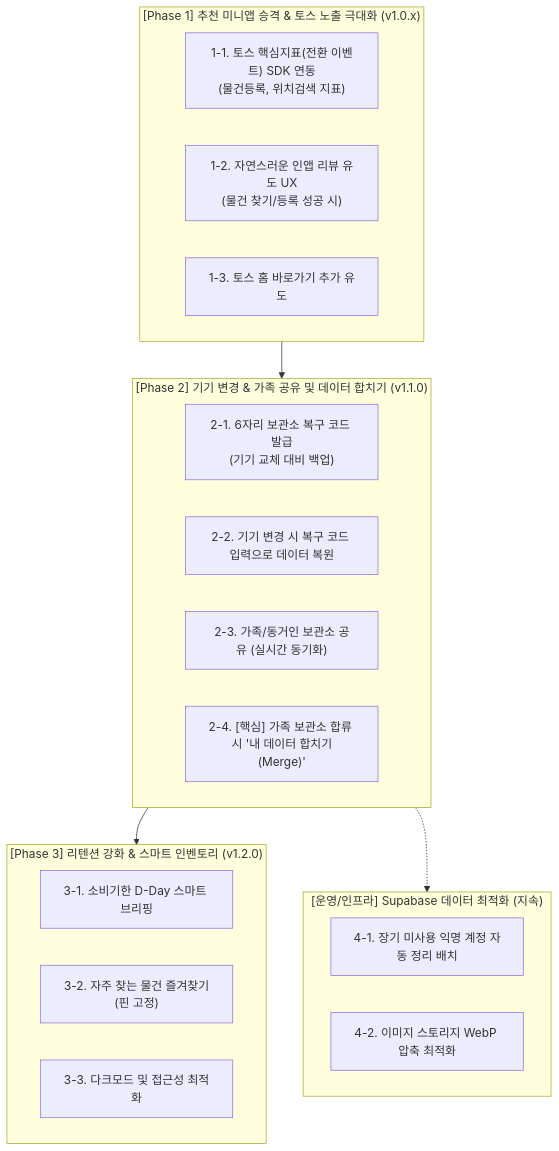
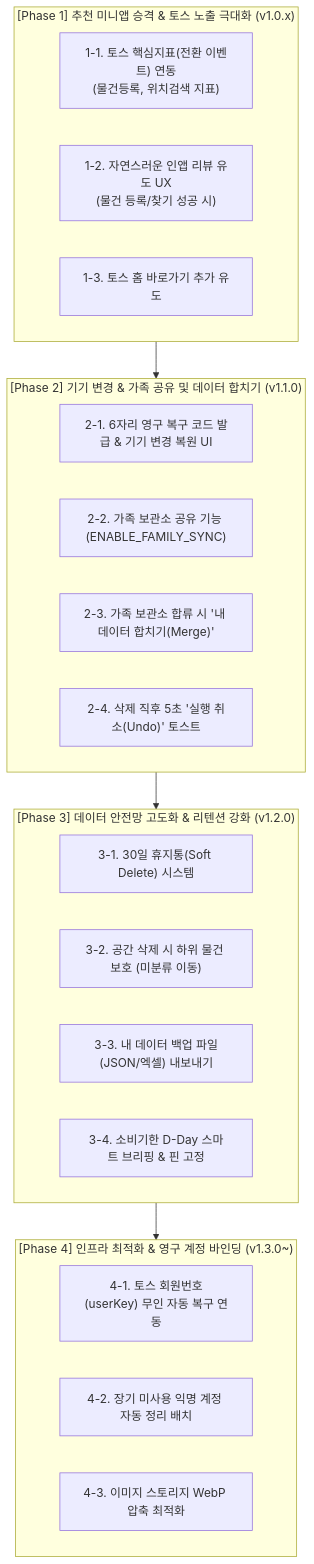
One commit to tauriqon/where-is-it changed the third of 3 diagrams in docs/roadmap_and_summary.md. Above: the diagram before and after it, drawn with Mermaid. The commit also changed other lines of this file, not shown here.

Commit message:
docs: integrate 5-layer data safety plan into master roadmap (v1.0.0-b00228)

````diff
--- a/docs/roadmap_and_summary.md
+++ b/docs/roadmap_and_summary.md
@@ -38,30 +80,32 @@
 ```mermaid
 flowchart TD
     subgraph Phase1["[Phase 1] 추천 미니앱 승격 & 토스 노출 극대화 (v1.0.x)"]
-        P1_1["1-1. 토스 핵심지표(전환 이벤트) SDK 연동\n(물건등록, 위치검색 지표)"]
-        P1_2["1-2. 자연스러운 인앱 리뷰 유도 UX\n(물건 찾기/등록 성공 시)"]
+        P1_1["1-1. 토스 핵심지표(전환 이벤트) 연동\n(물건등록, 위치검색 지표)"]
+        P1_2["1-2. 자연스러운 인앱 리뷰 유도 UX\n(물건 등록/찾기 성공 시)"]
         P1_3["1-3. 토스 홈 바로가기 추가 유도"]
     end
 
     subgraph Phase2["[Phase 2] 기기 변경 & 가족 공유 및 데이터 합치기 (v1.1.0)"]
-        P2_1["2-1. 6자리 보관소 복구 코드 발급\n(기기 교체 대비 백업)"]
-        P2_2["2-2. 기기 변경 시 복구 코드 입력으로 데이터 복원"]
-        P2_3["2-3. 가족/동거인 보관소 공유 (실시간 동기화)"]
-        P2_4["2-4. [핵심] 가족 보관소 합류 시 '내 데이터 합치기(Merge)'"]
+        P2_1["2-1. 6자리 영구 복구 코드 발급 & 기기 변경 복원 UI"]
+        P2_2["2-2. 가족 보관소 공유 기능 (ENABLE_FAMILY_SYNC)"]
+        P2_3["2-3. 가족 보관소 합류 시 '내 데이터 합치기(Merge)'"]
+        P2_4["2-4. 삭제 직후 5초 '실행 취소(Undo)' 토스트"]
     end
 
-    subgraph Phase3["[Phase 3] 리텐션 강화 & 스마트 인벤토리 (v1.2.0)"]
-        P3_1["3-1. 소비기한 D-Day 스마트 브리핑"]
-        P3_2["3-2. 자주 찾는 물건 즐겨찾기(핀 고정)"]
-        P3_3["3-3. 다크모드 및 접근성 최적화"]
+    subgraph Phase3["[Phase 3] 데이터 안전망 고도화 & 리텐션 강화 (v1.2.0)"]
+        P3_1["3-1. 30일 휴지통(Soft Delete) 시스템"]
+        P3_2["3-2. 공간 삭제 시 하위 물건 보호 (미분류 이동)"]
+        P3_3["3-3. 내 데이터 백업 파일(JSON/엑셀) 내보내기"]
+        P3_4["3-4. 소비기한 D-Day 스마트 브리핑 & 핀 고정"]
     end
 
-    subgraph Phase4["[운영/인프라] Supabase 데이터 최적화 (지속)"]
-        P4_1["4-1. 장기 미사용 익명 계정 자동 정리 배치"]
-        P4_2["4-2. 이미지 스토리지 WebP 압축 최적화"]
+    subgraph Phase4["[Phase 4] 인프라 최적화 & 영구 계정 바인딩 (v1.3.0~)"]
+        P4_1["4-1. 토스 회원번호(userKey) 무인 자동 복구 연동"]
+        P4_2["4-2. 장기 미사용 익명 계정 자동 정리 배치"]
+        P4_3["4-3. 이미지 스토리지 WebP 압축 최적화"]
     end
 
     Phase1 --> Phase2
     Phase2 --> Phase3
-    Phase2 -.-> Phase4
+    Phase3 --> Phase4
 ```
````
